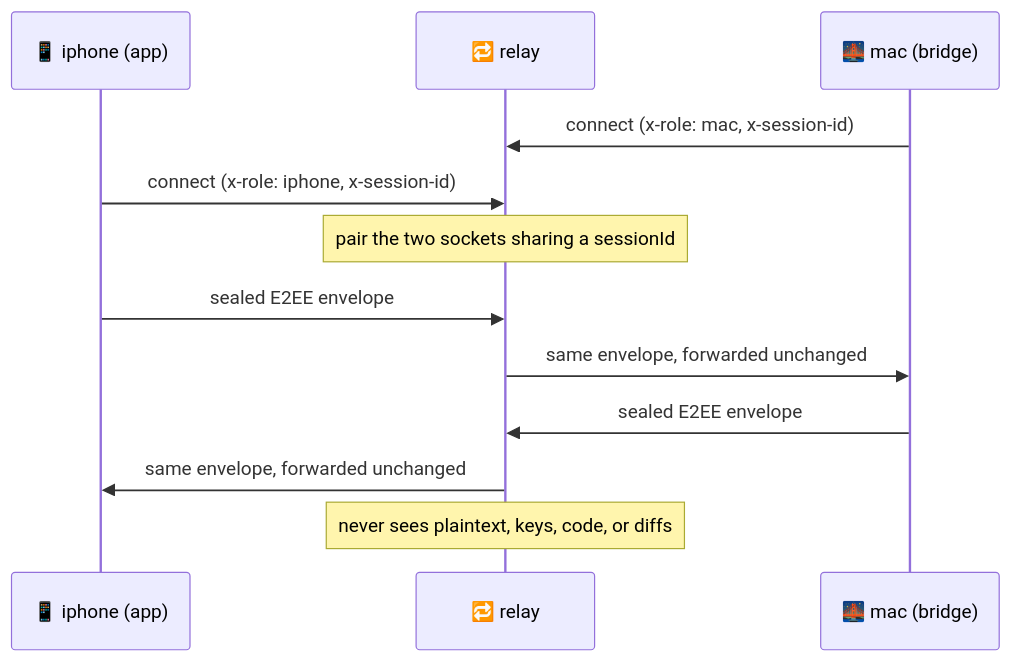
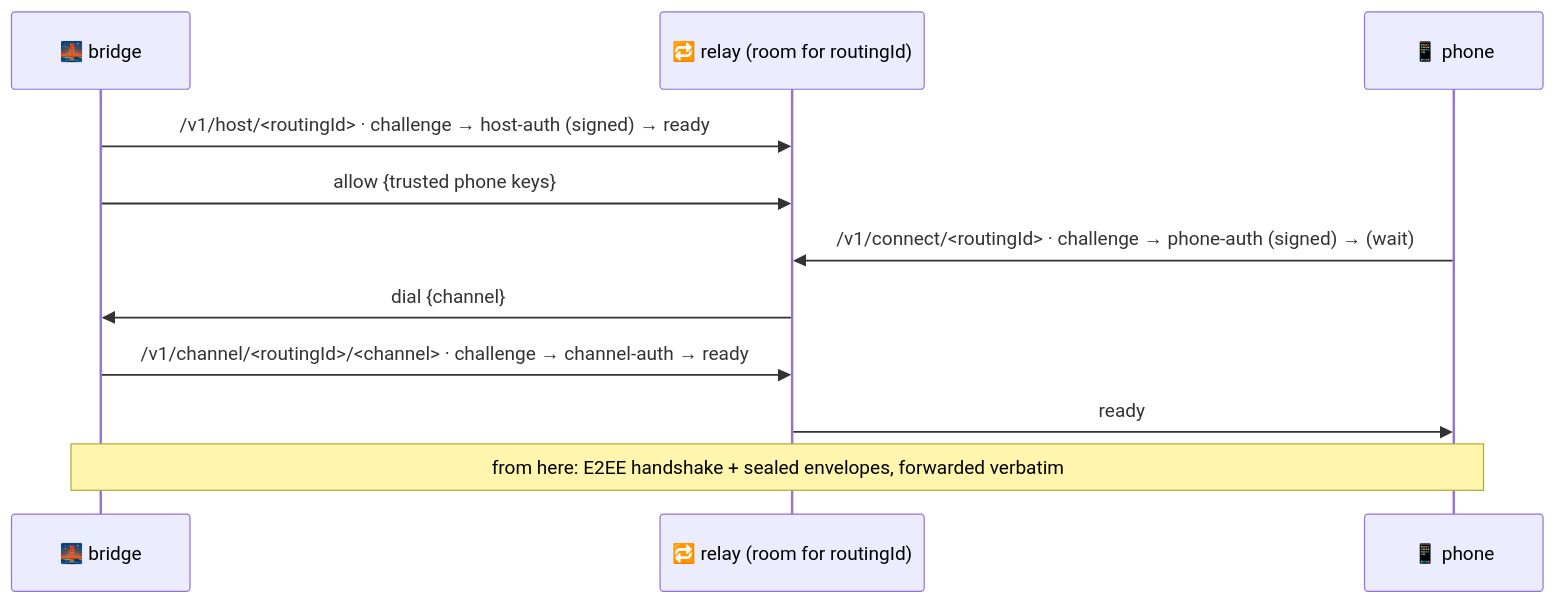
One commit to luisgamas/uxnan changed the diagram in relay/README.md. Above: the diagram before and after it, drawn with Mermaid. The commit also changed other lines of this file and 16 other files, not shown here.

````diff
--- a/relay/README.md
+++ b/relay/README.md
@@ -43,14 +54,13 @@
 ```mermaid
 sequenceDiagram
-  participant P as 📱 iphone (app)
-  participant R as 🔁 relay
-  participant B as 🌉 mac (bridge)
-  B->>R: connect (x-role: mac, x-session-id)
-  P->>R: connect (x-role: iphone, x-session-id)
-  Note over R: pair the two sockets sharing a sessionId
-  P->>R: sealed E2EE envelope
-  R->>B: same envelope, forwarded unchanged
-  B->>R: sealed E2EE envelope
-  R->>P: same envelope, forwarded unchanged
-  Note over R: never sees plaintext, keys, code, or diffs
+  participant B as 🌉 bridge
+  participant R as 🔁 relay (room for routingId)
+  participant P as 📱 phone
+  B->>R: /v1/host/<routingId> · challenge → host-auth (signed) → ready
+  B->>R: allow {trusted phone keys}
+  P->>R: /v1/connect/<routingId> · challenge → phone-auth (signed) → (wait)
+  R->>B: dial {channel}
+  B->>R: /v1/channel/<routingId>/<channel> · challenge → channel-auth → ready
+  R->>P: ready
+  Note over P,B: from here: E2EE handshake + sealed envelopes, forwarded verbatim
 ```
````
